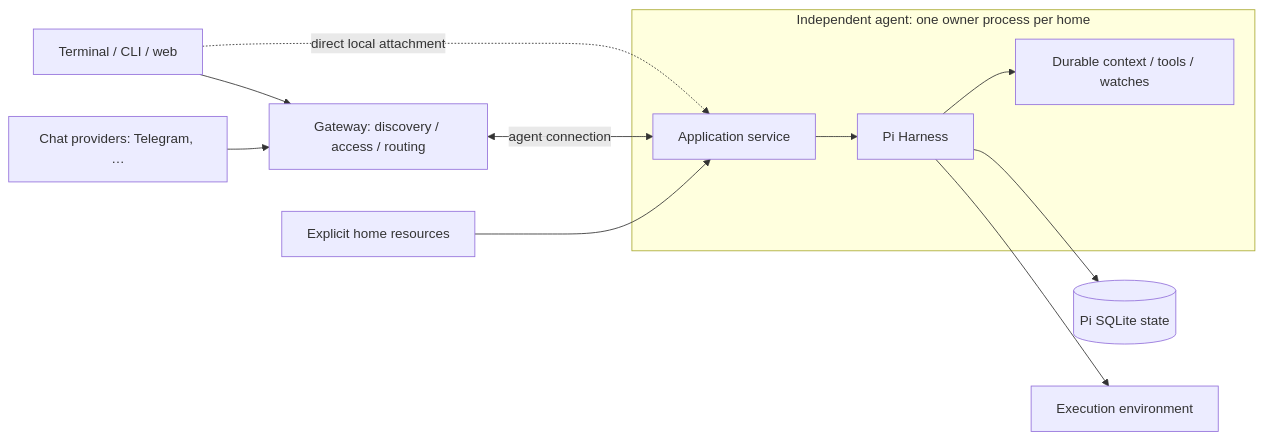
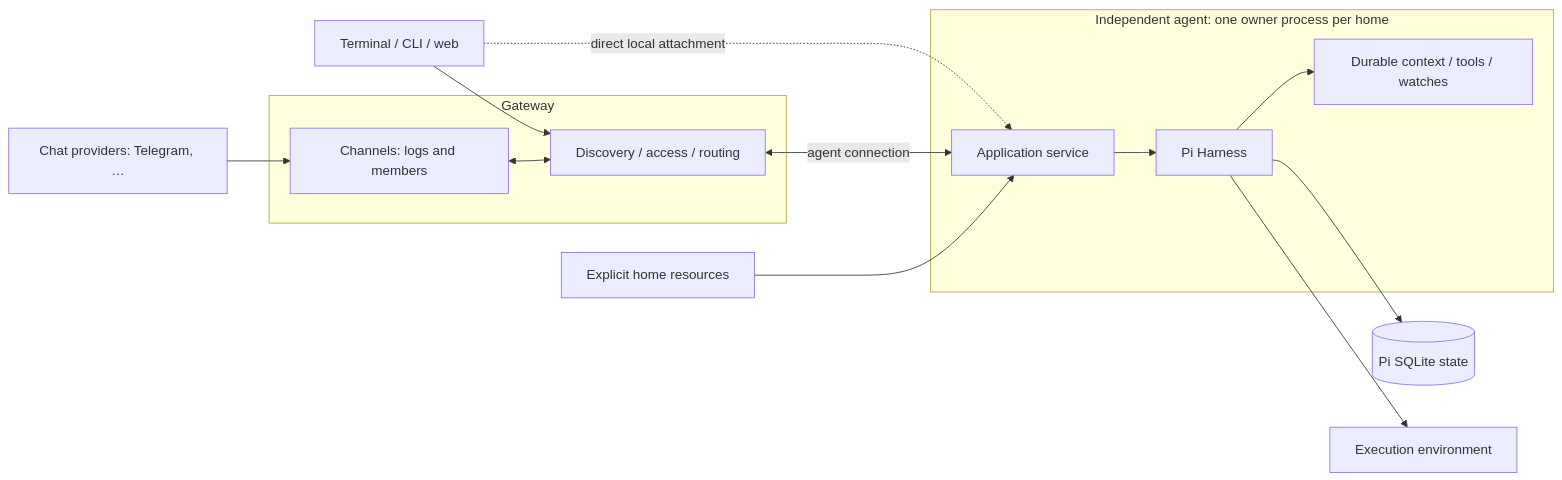
The diagram in docs/REDESIGN/PLAN.md (zachmeador/shrimpy), drawn with Mermaid before and after one commit. The commit also changed other lines of this file, not shown here.

First line of the commit message:
docs: host channels on the gateway in the plan

````diff
--- a/docs/REDESIGN/PLAN.md
+++ b/docs/REDESIGN/PLAN.md
@@ -161,14 +165,19 @@
 ```mermaid
 flowchart LR
-    Clients["Terminal / CLI / web"] --> Gateway["Gateway: discovery / access / routing"]
-    Clients -. "direct local attachment" .-> Service
-    Chat["Chat providers: Telegram, …"] --> Gateway
-    Gateway <-->|"agent connection"| Service
+    subgraph GW["Gateway"]
+        Gateway["Discovery / access / routing"]
+        Channels["Channels: logs and members"]
+    end
     subgraph Owner["Independent agent: one owner process per home"]
         Service["Application service"] --> Pi["Pi Harness"]
         Pi --> Extensions["Durable context / tools / watches"]
     end
+    Clients["Terminal / CLI / web"] --> Gateway
+    Clients -. "direct local attachment" .-> Service
+    Providers["Chat providers: Telegram, …"] --> Channels
+    Channels <--> Gateway
+    Gateway <-->|"agent connection"| Service
     Pi --> State[("Pi SQLite state")]
     Pi --> Environment["Execution environment"]
     Home["Explicit home resources"] --> Service
 ```
````
